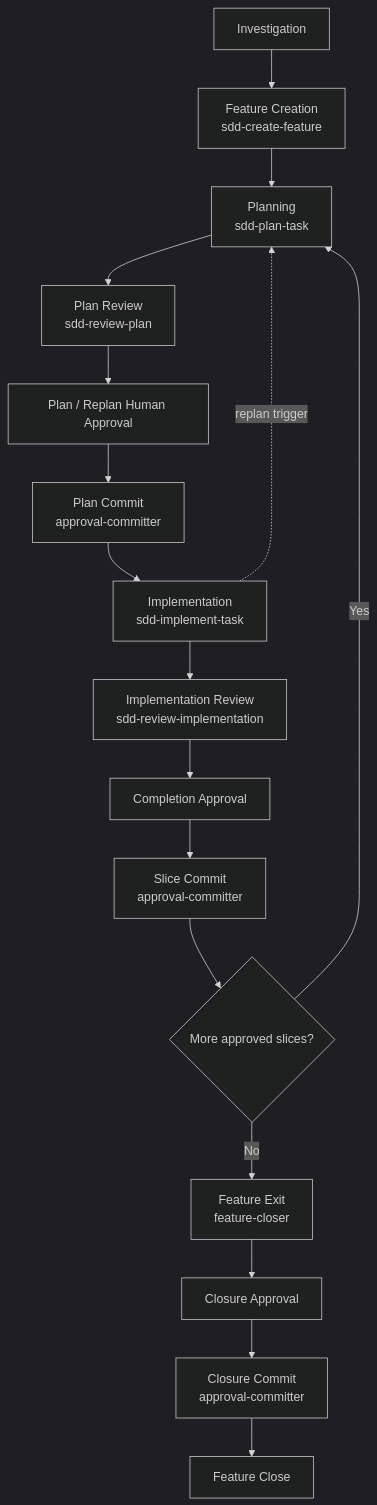
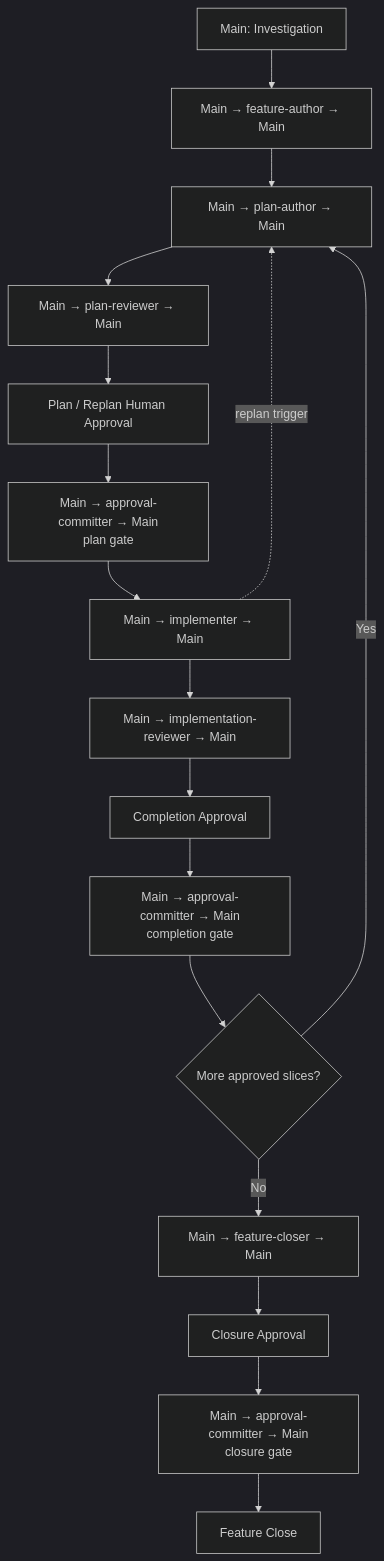
One commit to kittybbit/vscode-ajsbutler changed the diagram in docs/specs/README.md. Above: the diagram before and after it, drawn with Mermaid (dark theme). The commit also changed other lines of this file and 18 other files, not shown here.

Commit message:
docs(sdd): complete main-agent delegation slice

````diff
--- a/docs/specs/README.md
+++ b/docs/specs/README.md
@@ -28,19 +30,19 @@
 ```mermaid
 flowchart TD
-    A["Investigation"] --> B["Feature Creation<br/>sdd-create-feature"]
-    B --> C["Planning<br/>sdd-plan-task"]
-    C --> D["Plan Review<br/>sdd-review-plan"]
+    A["Main: Investigation"] --> B["Main → feature-author → Main"]
+    B --> C["Main → plan-author → Main"]
+    C --> D["Main → plan-reviewer → Main"]
     D --> E["Plan / Replan Human Approval"]
-    E --> F["Plan Commit<br/>approval-committer"]
-    F --> G["Implementation<br/>sdd-implement-task"]
-    G --> H["Implementation Review<br/>sdd-review-implementation"]
+    E --> F["Main → approval-committer → Main<br/>plan gate"]
+    F --> G["Main → implementer → Main"]
+    G --> H["Main → implementation-reviewer → Main"]
     H --> I["Completion Approval"]
-    I --> J["Slice Commit<br/>approval-committer"]
+    I --> J["Main → approval-committer → Main<br/>completion gate"]
     J --> K{"More approved slices?"}
     K -->|"Yes"| C
-    K -->|"No"| L["Feature Exit<br/>feature-closer"]
+    K -->|"No"| L["Main → feature-closer → Main"]
     L --> M["Closure Approval"]
-    M --> N["Closure Commit<br/>approval-committer"]
+    M --> N["Main → approval-committer → Main<br/>closure gate"]
     N --> O["Feature Close"]
     G -. "replan trigger" .-> C
 ```
````
